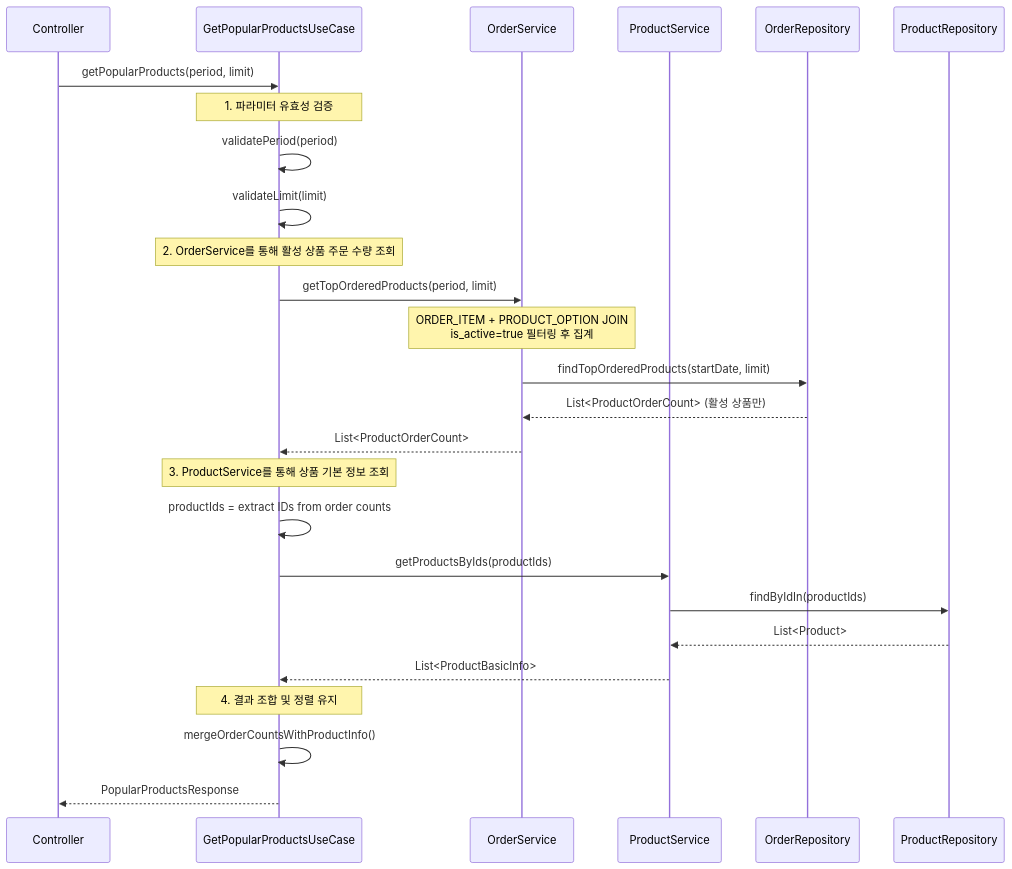
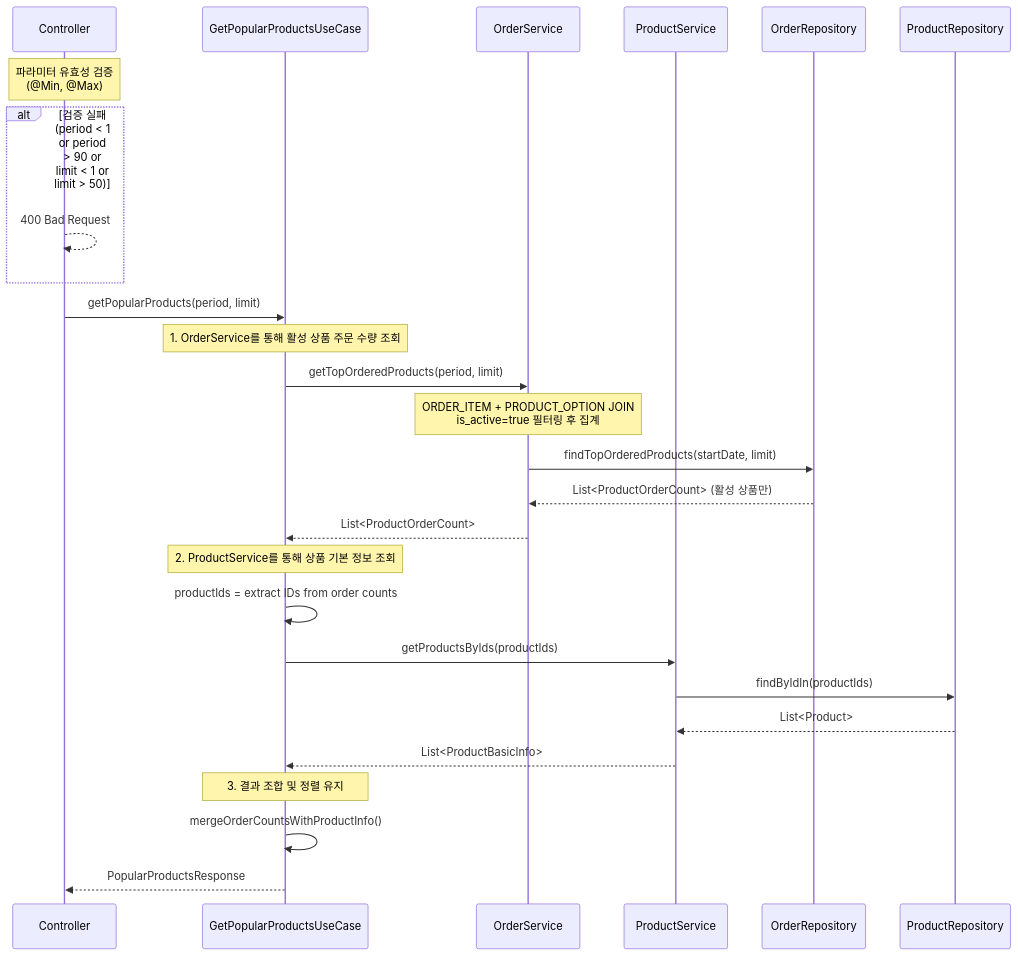
One commit to edit8080/commerce-api changed the diagram in docs/api/product/get-popular-products.md. Above: the diagram before and after it, drawn with Mermaid. The commit also changed other lines of this file and 2 other files, not shown here.

Commit message:
chore: 인기상품 validate 검증 설계 문서 수정

````diff
--- a/docs/api/product/get-popular-products.md
+++ b/docs/api/product/get-popular-products.md
@@ -188,33 +190,35 @@
 ```mermaid
 sequenceDiagram
     participant C as Controller
     participant U as GetPopularProductsUseCase
     participant OS as OrderService
     participant PS as ProductService
     participant OR as OrderRepository
     participant PR as ProductRepository
 
+    Note over C: 파라미터 유효성 검증<br/>(@Min, @Max)
+
+    alt 검증 실패 (period < 1 or period > 90 or limit < 1 or limit > 50)
+        C-->>C: 400 Bad Request
+    end
+
     C->>U: getPopularProducts(period, limit)
 
-    Note over U: 1. 파라미터 유효성 검증
-    U->>U: validatePeriod(period)
-    U->>U: validateLimit(limit)
-
-    Note over U: 2. OrderService를 통해 활성 상품 주문 수량 조회
+    Note over U: 1. OrderService를 통해 활성 상품 주문 수량 조회
     U->>OS: getTopOrderedProducts(period, limit)
     Note over OS: ORDER_ITEM + PRODUCT_OPTION JOIN<br/>is_active=true 필터링 후 집계
     OS->>OR: findTopOrderedProducts(startDate, limit)
     OR-->>OS: List<ProductOrderCount> (활성 상품만)
     OS-->>U: List<ProductOrderCount>
 
-    Note over U: 3. ProductService를 통해 상품 기본 정보 조회
+    Note over U: 2. ProductService를 통해 상품 기본 정보 조회
     U->>U: productIds = extract IDs from order counts
     U->>PS: getProductsByIds(productIds)
     PS->>PR: findByIdIn(productIds)
     PR-->>PS: List<Product>
     PS-->>U: List<ProductBasicInfo>
 
-    Note over U: 4. 결과 조합 및 정렬 유지
+    Note over U: 3. 결과 조합 및 정렬 유지
     U->>U: mergeOrderCountsWithProductInfo()
     U-->>C: PopularProductsResponse
 ```
````
